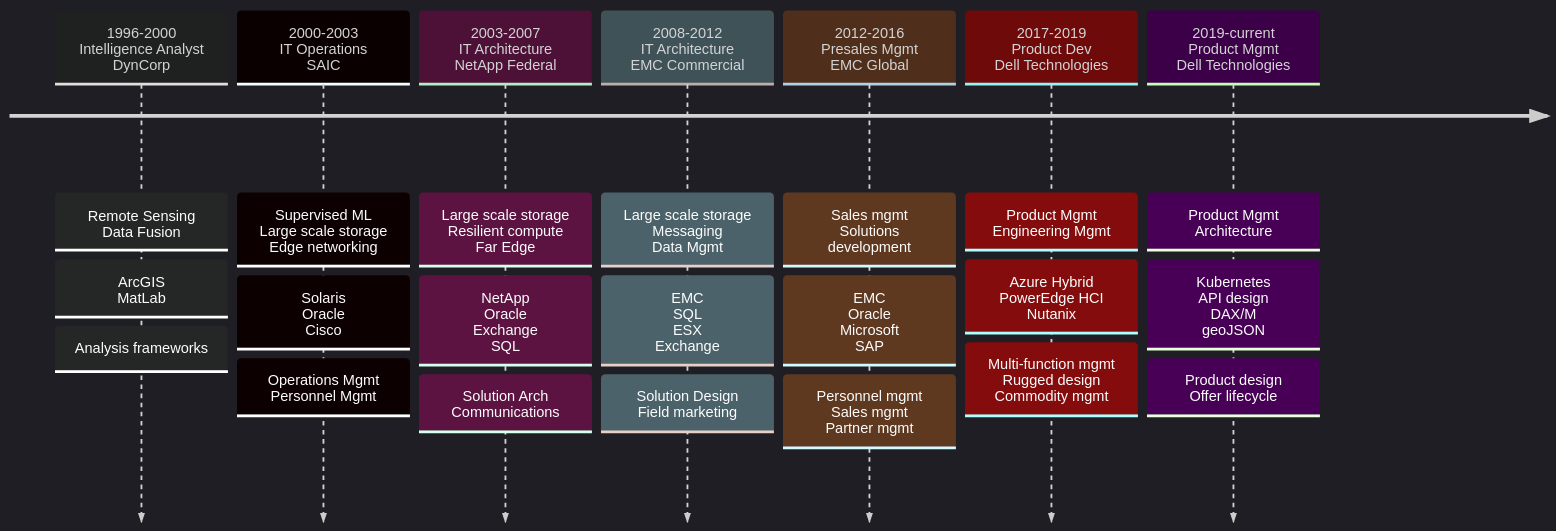
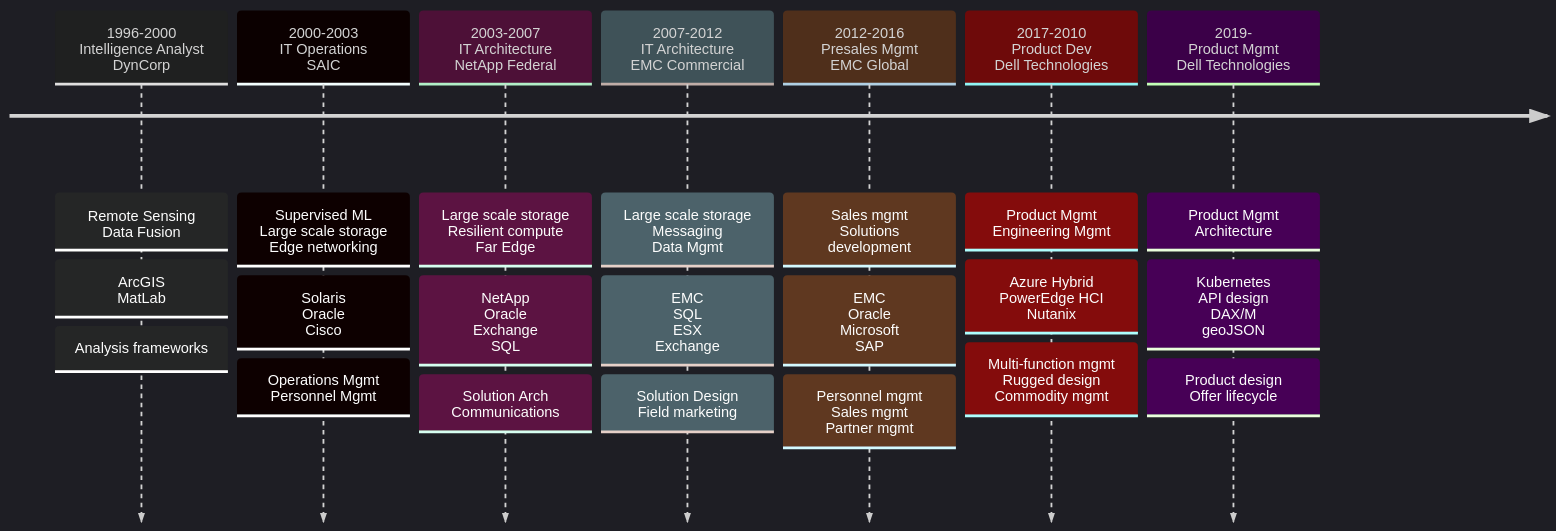
The diagram in resume.md (pgaljan/blog), drawn with Mermaid before and after one commit. The commit also changed other lines of this file, not shown here.

````diff
--- a/resume.md
+++ b/resume.md
@@ -21,32 +15,32 @@
 ```mermaid
 %%{init: { 'logLevel': 'debug', 'theme': 'dark' } }%%
 timeline
 1996-2000 <br>Intelligence Analyst <br>DynCorp
     : <br> Remote Sensing <br> Data Fusion
     : ArcGIS <br> MatLab
     : Analysis frameworks
 2000-2003 <br>IT Operations <br>SAIC
     : Supervised ML <br> Large scale storage <br> Edge networking
     : Solaris <br> Oracle <br> Cisco
     : Operations Mgmt <br> Personnel Mgmt
 2003-2007 <br>IT Architecture <br>NetApp Federal
     : Large scale storage <br> Resilient compute <br> Far Edge
     : NetApp <br> Oracle <br> Exchange <br> SQL
     : Solution Arch <br> Communications
-2008-2012 <br>IT Architecture <br>EMC Commercial
+2007-2012 <br>IT Architecture <br>EMC Commercial
     : Large scale storage <br> Messaging <br> Data Mgmt
     : EMC <br> SQL <br> ESX <br> Exchange
     : Solution Design <br> Field marketing
 2012-2016 <br>Presales Mgmt<br>EMC Global
     : Sales mgmt <br> Solutions development
     : EMC  <br> Oracle <br> Microsoft <br> SAP
     : Personnel mgmt <br>  Sales mgmt <br>Partner mgmt
-2017-2019 <br>Product Dev<br>Dell Technologies
+2017-2010 <br>Product Dev<br>Dell Technologies
     : Product Mgmt <br> Engineering Mgmt
     : Azure Hybrid <br> PowerEdge HCI<br> Nutanix
     : Multi-function mgmt <br> Rugged design <br> Commodity mgmt
-2019-current <br>Product Mgmt <br>Dell Technologies
+2019- <br>Product Mgmt <br>Dell Technologies
   : Product Mgmt <br> Architecture
   : Kubernetes <br> API design <br> DAX/M <br> geoJSON
   : Product design <br> Offer lifecycle
 ```
````
